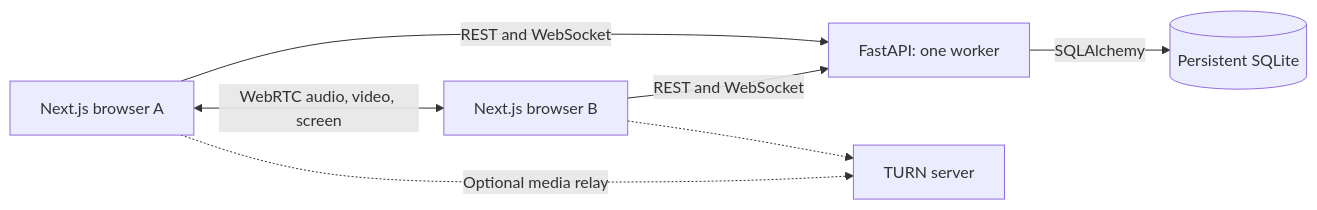
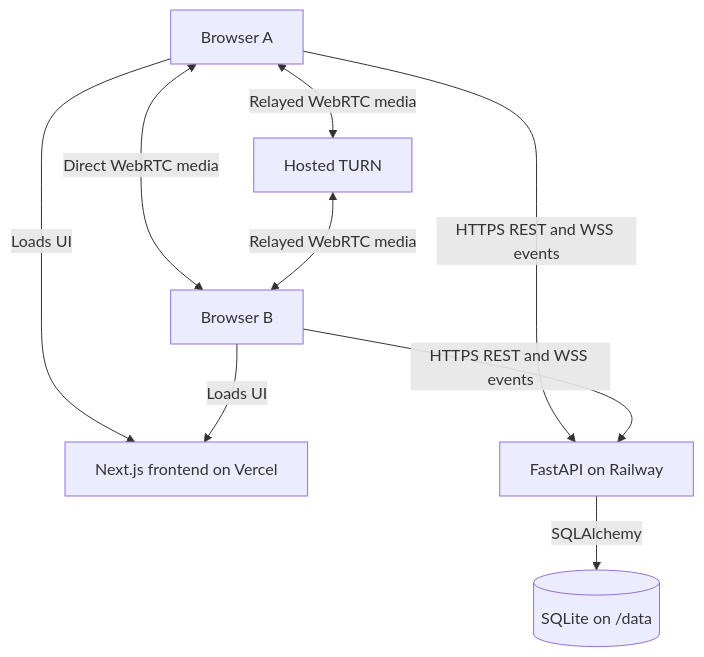
Before and after one commit to Vansh-7/zoom-clone: the first of 2 diagrams in README.md, drawn with Mermaid. The commit also changed other lines of this file and 12 other files, not shown here.

````diff
--- a/README.md
+++ b/README.md
@@ -22,9 +64,11 @@
 ```mermaid
-flowchart LR
-    A[Next.js browser A] -->|REST and WebSocket| API[FastAPI: one worker]
-    B[Next.js browser B] -->|REST and WebSocket| API
-    API -->|SQLAlchemy| DB[(Persistent SQLite)]
-    A <-->|WebRTC audio, video, screen| B
-    A -.->|Optional media relay| TURN[TURN server]
-    B -.-> TURN
+flowchart TB
+    A[Browser A] -->|Loads UI| F[Next.js frontend on Vercel]
+    B[Browser B] -->|Loads UI| F
+    A -->|HTTPS REST and WSS events| API[FastAPI on Railway]
+    B -->|HTTPS REST and WSS events| API
+    API -->|SQLAlchemy| DB[(SQLite on /data)]
+    A <-->|Direct WebRTC media| B
+    A <-->|Relayed WebRTC media| TURN[Hosted TURN]
+    TURN <-->|Relayed WebRTC media| B
 ```
````
